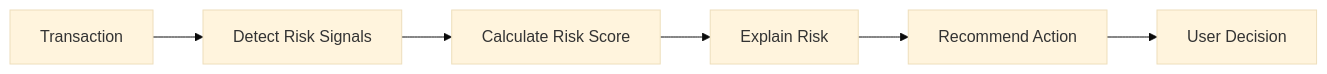
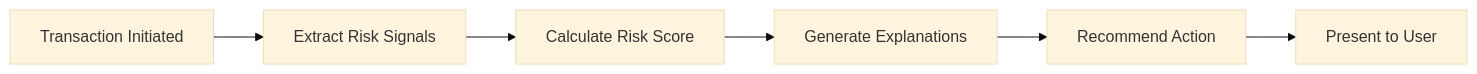
Before and after one commit to ananyajoshi-cseai/FraudLens: the first of 2 diagrams in README.md, drawn with Mermaid (base theme). The commit also changed other lines of this file, not shown here.

````diff
--- a/README.md
+++ b/README.md
@@ -56,8 +69,8 @@
 ```mermaid
 flowchart LR
-    A[Transaction] --> B[Detect Risk Signals]
+    A[Transaction Initiated] --> B[Extract Risk Signals]
     B --> C[Calculate Risk Score]
-    C --> D[Explain Risk]
+    C --> D[Generate Explanations]
     D --> E[Recommend Action]
-    E --> F[User Decision]
+    E --> F[Present to User]
 ```
````
